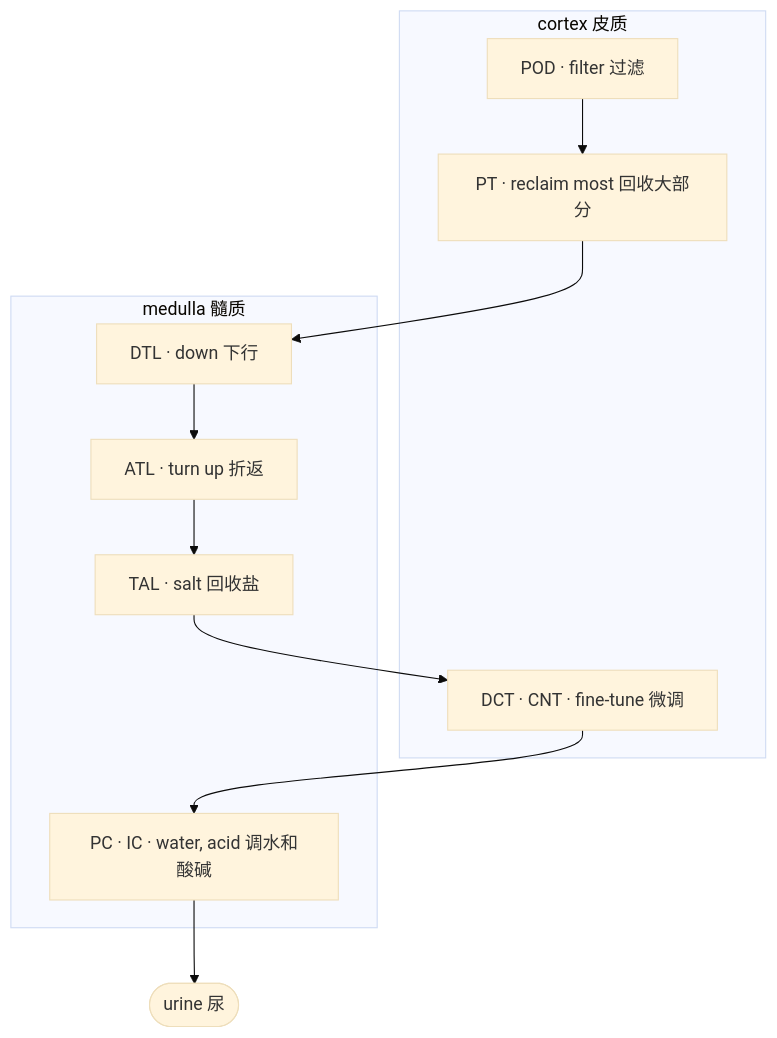
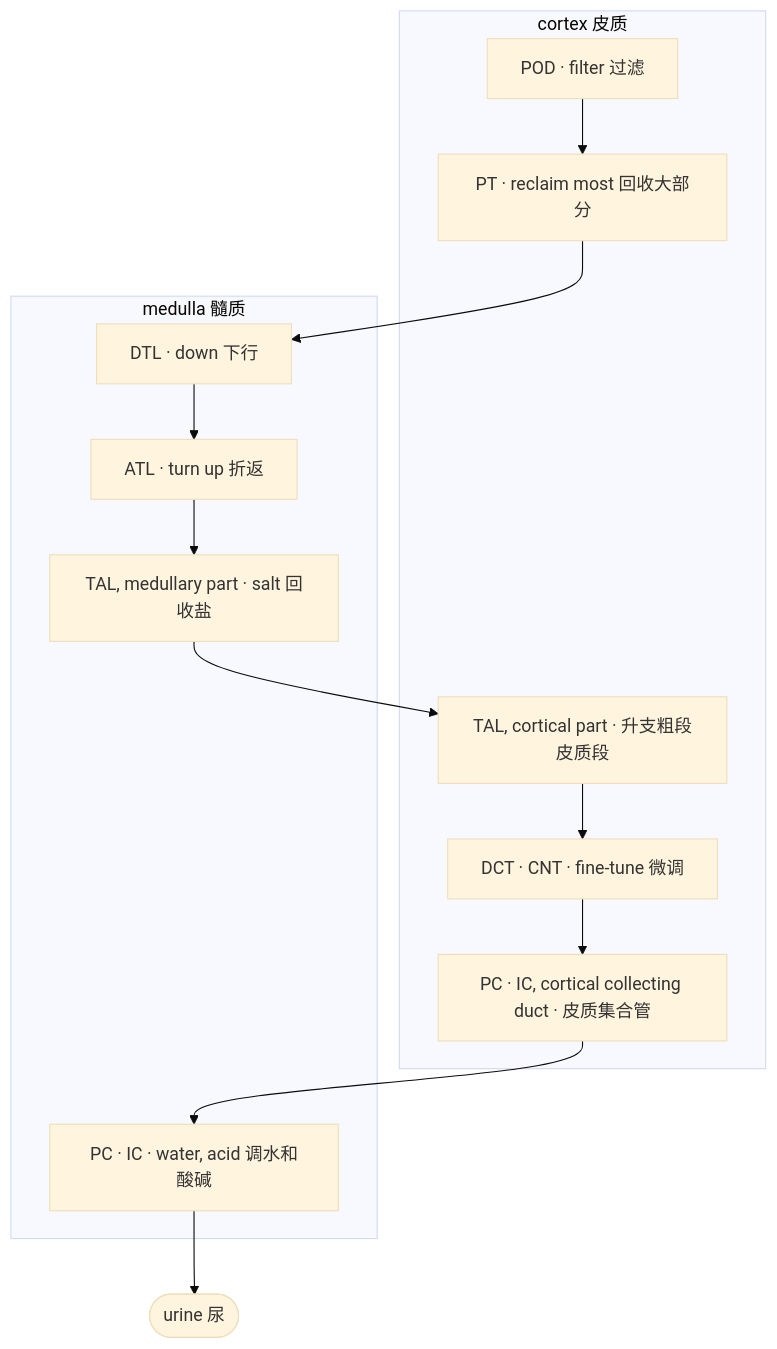
Before and after one commit to jasonjin34/Medical_reading_material: the diagram in docs/onboarding/03-kidney.md, drawn with Mermaid (base theme). The commit also changed other lines of this file and 525 other files, not shown here.

````diff
--- a/docs/onboarding/03-kidney.md
+++ b/docs/onboarding/03-kidney.md
@@ -51,15 +51,19 @@
 ```mermaid
 flowchart TB
   subgraph cortex["cortex 皮质"]
     POD["POD · filter 过滤"] --> PT["PT · reclaim most 回收大部分"]
+    CTAL["TAL, cortical part · 升支粗段皮质段"]
     DCT["DCT · CNT · fine-tune 微调"]
+    CCD["PC · IC, cortical collecting duct · 皮质集合管"]
   end
   subgraph medulla["medulla 髓质"]
-    DTL["DTL · down 下行"] --> ATL["ATL · turn up 折返"] --> TAL["TAL · salt 回收盐"]
-    CD["PC · IC · water, acid 调水和酸碱"]
+    DTL["DTL · down 下行"] --> ATL["ATL · turn up 折返"] --> MTAL["TAL, medullary part · salt 回收盐"]
+    MCD["PC · IC · water, acid 调水和酸碱"]
   end
   PT --> DTL
-  TAL --> DCT
-  DCT --> CD
-  CD --> U(["urine 尿"])
+  MTAL --> CTAL
+  CTAL --> DCT
+  DCT --> CCD
+  CCD --> MCD
+  MCD --> U(["urine 尿"])
 ```
````
